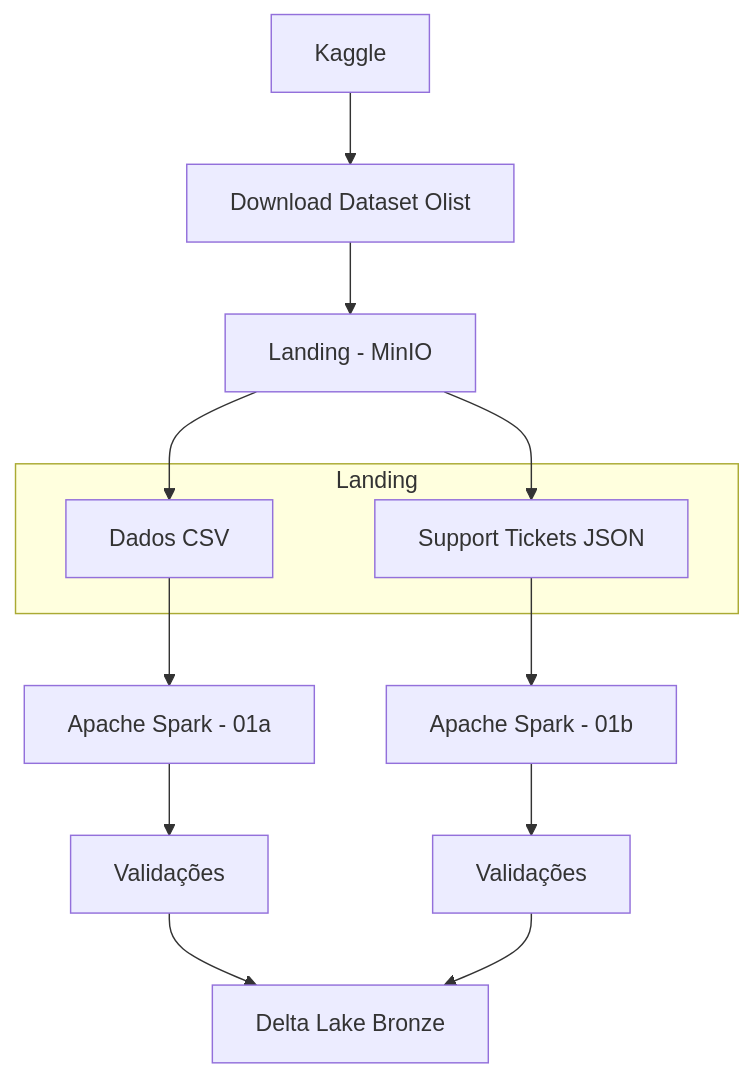
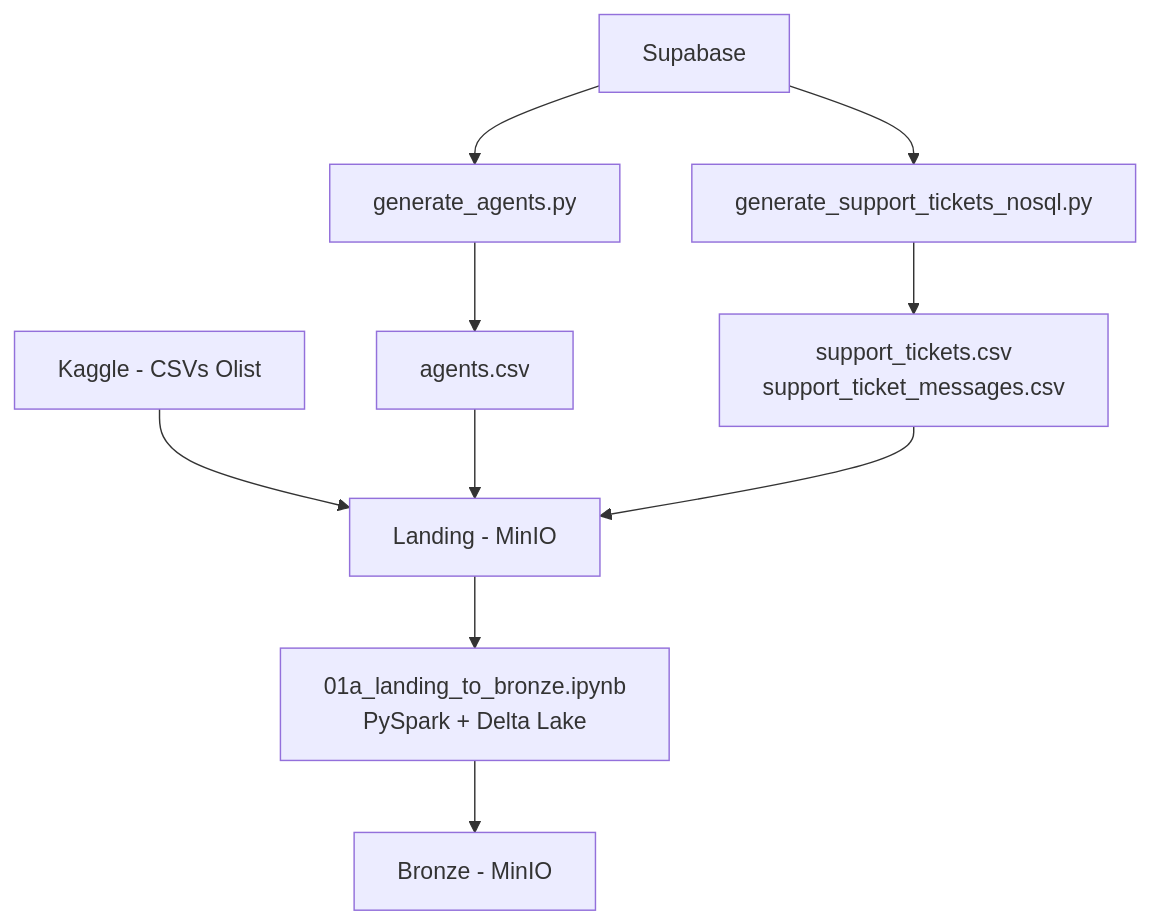
One commit to octaviodemos/projeto-final-ed changed the diagram in docs/bronze.md. Above: the diagram before and after it, drawn with Mermaid. The commit also changed other lines of this file and 4 other files, not shown here.

````diff
--- a/docs/bronze.md
+++ b/docs/bronze.md
@@ -20,22 +15,12 @@
 ```mermaid
 flowchart TD
-    A[Kaggle] --> B[Download Dataset Olist]
-    B --> C[Landing - MinIO]
-
-    subgraph Landing
-        D[Dados CSV]
-        E[Support Tickets JSON]
-    end
-
-    C --> D
-    C --> E
-
-    D --> F[Apache Spark - 01a]
-    E --> G[Apache Spark - 01b]
-
-    F --> H[Validações]
-    G --> I[Validações]
-
-    H --> J[Delta Lake Bronze]
-    I --> J
+    A[Kaggle - CSVs Olist] --> B[Landing - MinIO]
+    C[Supabase] --> D[generate_agents.py]
+    D --> E[agents.csv]
+    C --> F[generate_support_tickets_nosql.py]
+    F --> G[support_tickets.csv\nsupport_ticket_messages.csv]
+    E --> B
+    G --> B
+    B --> H[01a_landing_to_bronze.ipynb\nPySpark + Delta Lake]
+    H --> I[Bronze - MinIO]
 ```
````
